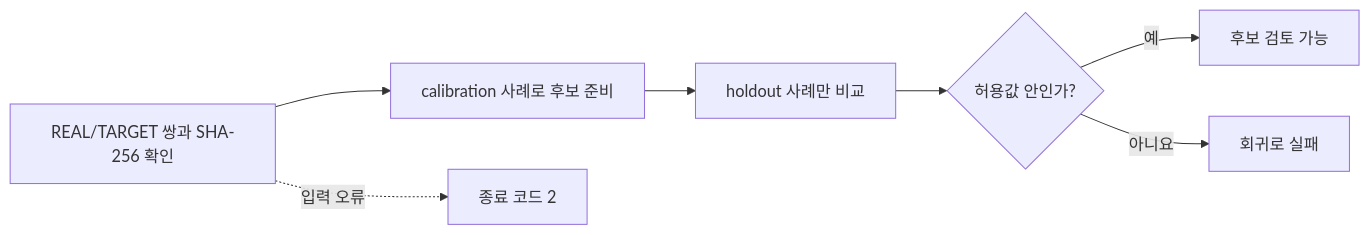
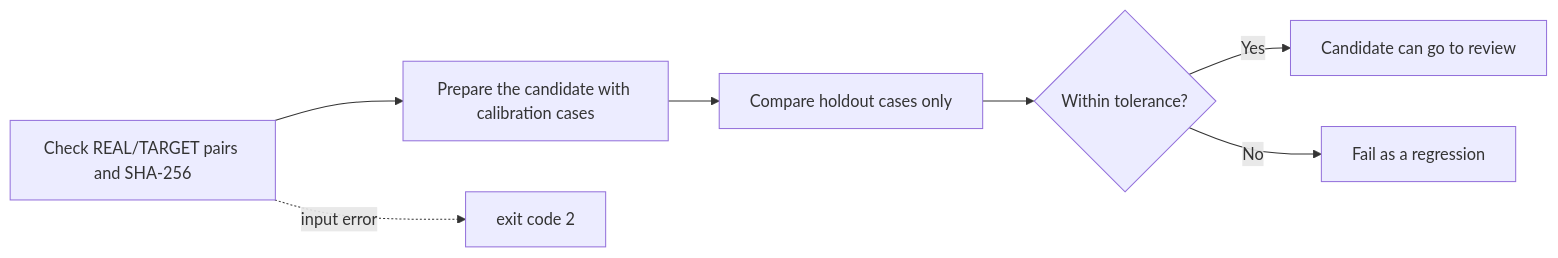
One commit to habinsong/negaflow changed the diagram in docs/reference/PROFILE_QUALITY_GATE.md. Above: the diagram before and after it, drawn with Mermaid. The commit also changed other lines of this file and 119 other files, not shown here.

````diff
--- a/docs/reference/PROFILE_QUALITY_GATE.md
+++ b/docs/reference/PROFILE_QUALITY_GATE.md
@@ -153,9 +161,9 @@
 ```mermaid
 flowchart LR
-    A["REAL/TARGET 쌍과 SHA-256 확인"] --> B["calibration 사례로 후보 준비"]
-    B --> C["holdout 사례만 비교"]
-    C --> D{"허용값 안인가?"}
-    D -- 예 --> E["후보 검토 가능"]
-    D -- 아니요 --> F["회귀로 실패"]
-    A -. 입력 오류 .-> G["종료 코드 2"]
+    A["Check REAL/TARGET pairs and SHA-256"] --> B["Prepare the candidate with calibration cases"]
+    B --> C["Compare holdout cases only"]
+    C --> D{"Within tolerance?"}
+    D -- Yes --> E["Candidate can go to review"]
+    D -- No --> F["Fail as a regression"]
+    A -. input error .-> G["exit code 2"]
 ```
````
